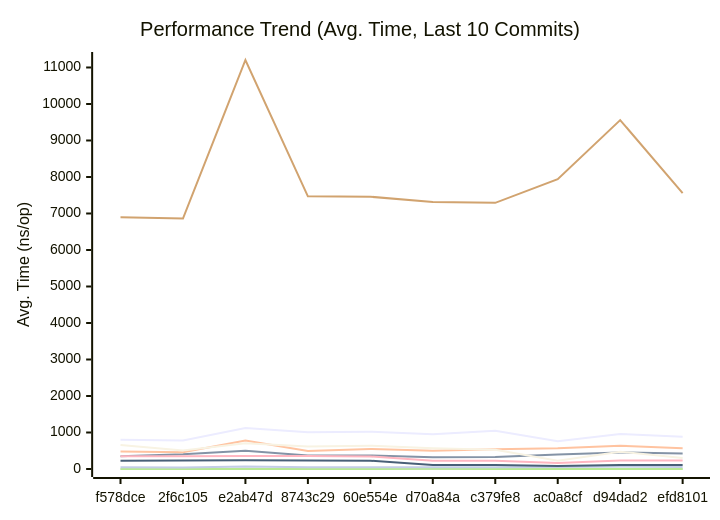
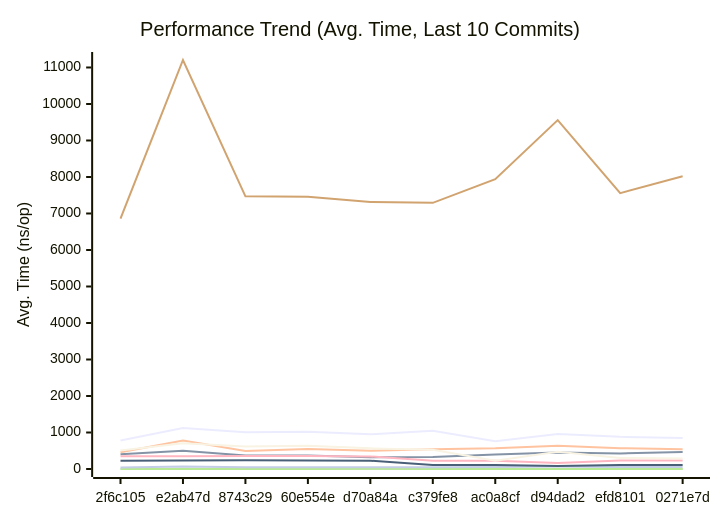
Before and after one commit to alsotoes/momo: the first of 3 diagrams in docs/PERFORMANCE.md, drawn with Mermaid. The commit also changed other lines of this file and 3 other files, not shown here.

````diff
--- a/docs/PERFORMANCE.md
+++ b/docs/PERFORMANCE.md
@@ -128,18 +128,18 @@
 ```mermaid
 xychart-beta
     title "Performance Trend (Avg. Time, Last 10 Commits)"
     x-axis "Commit"
     y-axis "Avg. Time (ns/op)"
-    x-axis [f578dce,2f6c105,e2ab47d,8743c29,60e554e,d70a84a,c379fe8,ac0a8cf,d94dad2,efd8101]
-    line "CheckMetricsAndSwap" [10,9,11,10,9,10,9,8,11,12]
-    line "CrushOptimized" [352,402,502,370,372,323,332,396,452,428]
-    line "CrushOriginal" [481,456,783,495,550,499,539,566,637,571]
-    line "IndexDirectTracking" [0,0,0,0,0,0,0,0,0,1]
-    line "IndexSearch" [3,3,3,3,3,4,3,2,2,2]
-    line "LoadGlobalConfig" [6898,6860,11205,7469,7459,7314,7292,7939,9559,7558]
-    line "PadString" [47,43,69,49,51,51,49,57,70,53]
+    x-axis [2f6c105,e2ab47d,8743c29,60e554e,d70a84a,c379fe8,ac0a8cf,d94dad2,efd8101,0271e7d]
+    line "CheckMetricsAndSwap" [9,11,10,9,10,9,8,11,12,11]
+    line "CrushOptimized" [402,502,370,372,323,332,396,452,428,468]
+    line "CrushOriginal" [456,783,495,550,499,539,566,637,571,542]
+    line "IndexDirectTracking" [0,0,0,0,0,0,0,0,1,1]
+    line "IndexSearch" [3,3,3,3,4,3,2,2,2,2]
+    line "LoadGlobalConfig" [6860,11205,7469,7459,7314,7292,7939,9559,7558,8021]
+    line "PadString" [43,69,49,51,51,49,57,70,53,52]
     line "ParseReplicationOrder_NoPrealloc" [350,349,357,354,345,225,229,165,232,234]
     line "ParseReplicationOrder_Prealloc" [229,231,237,234,229,108,107,80,110,109]
-    line "SanitizeLog/Safe" [658,507,704,615,640,566,529,226,474,303]
-    line "SanitizeLog/Unsafe" [802,779,1122,1010,1023,951,1050,761,960,883]
+    line "SanitizeLog/Safe" [507,704,615,640,566,529,226,474,303,288]
+    line "SanitizeLog/Unsafe" [779,1122,1010,1023,951,1050,761,960,883,849]
 ```
````
